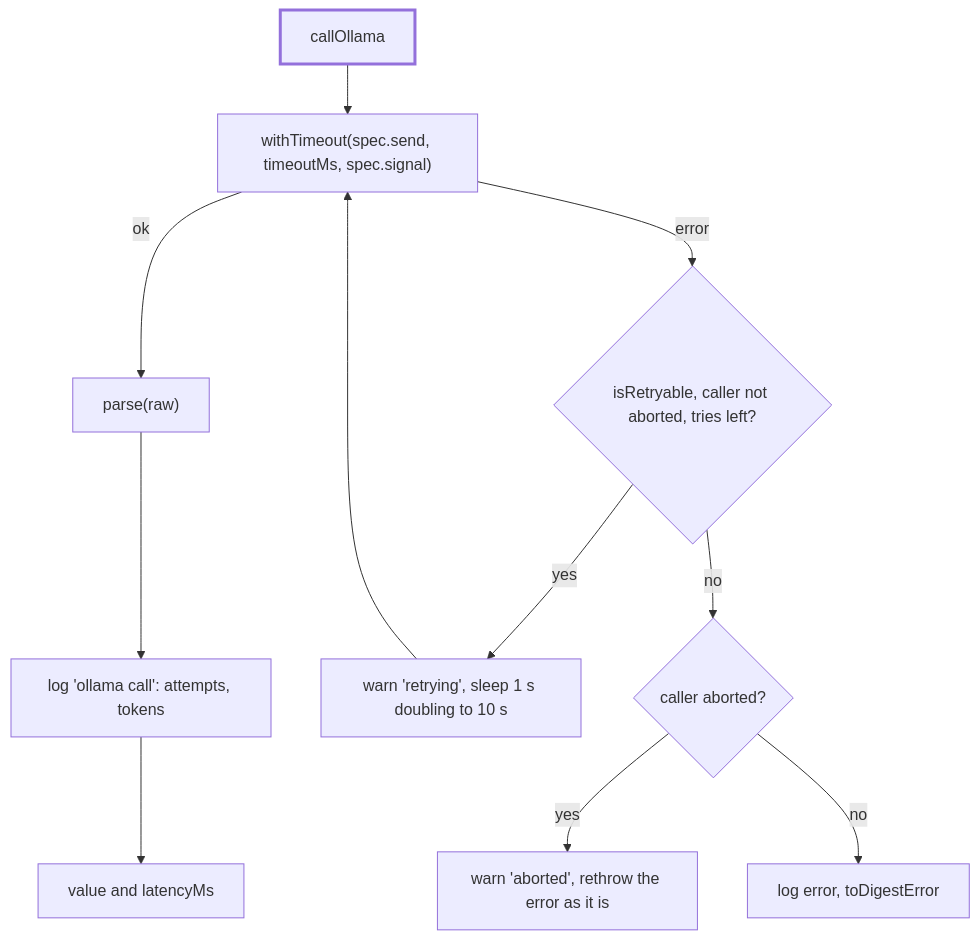
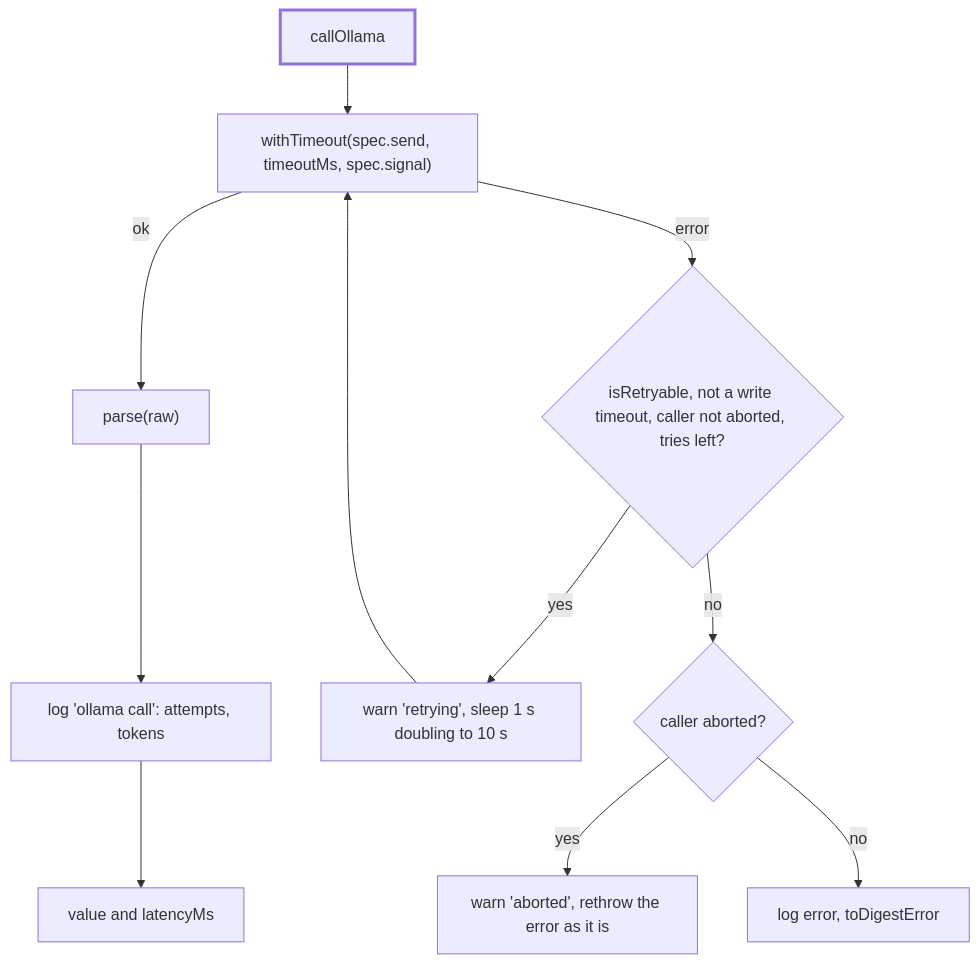
The diagram in src/models/adapters/call/CLAUDE.md (odere-pro/weekly-engineering-digest-agent), drawn with Mermaid before and after one commit. The commit also changed other lines of this file and 106 other files, not shown here.

````diff
--- a/src/models/adapters/call/CLAUDE.md
+++ b/src/models/adapters/call/CLAUDE.md
@@ -9,11 +9,11 @@
 ```mermaid
 flowchart TD
   co["callOllama"]:::focus --> attempt["withTimeout(spec.send, timeoutMs, spec.signal)"]
   attempt -->|ok| parse["parse(raw)"] --> info["log 'ollama call': attempts, tokens"] --> result["value and latencyMs"]
-  attempt -->|error| retry{"isRetryable, caller not aborted, tries left?"}
+  attempt -->|error| retry{"isRetryable, not a write timeout, caller not aborted, tries left?"}
   retry -->|yes| wait["warn 'retrying', sleep 1 s doubling to 10 s"] --> attempt
   retry -->|no| aborted{"caller aborted?"}
   aborted -->|yes| pass["warn 'aborted', rethrow the error as it is"]
   aborted -->|no| fail["log error, toDigestError"]
   classDef focus stroke-width:3px
 ```
````
